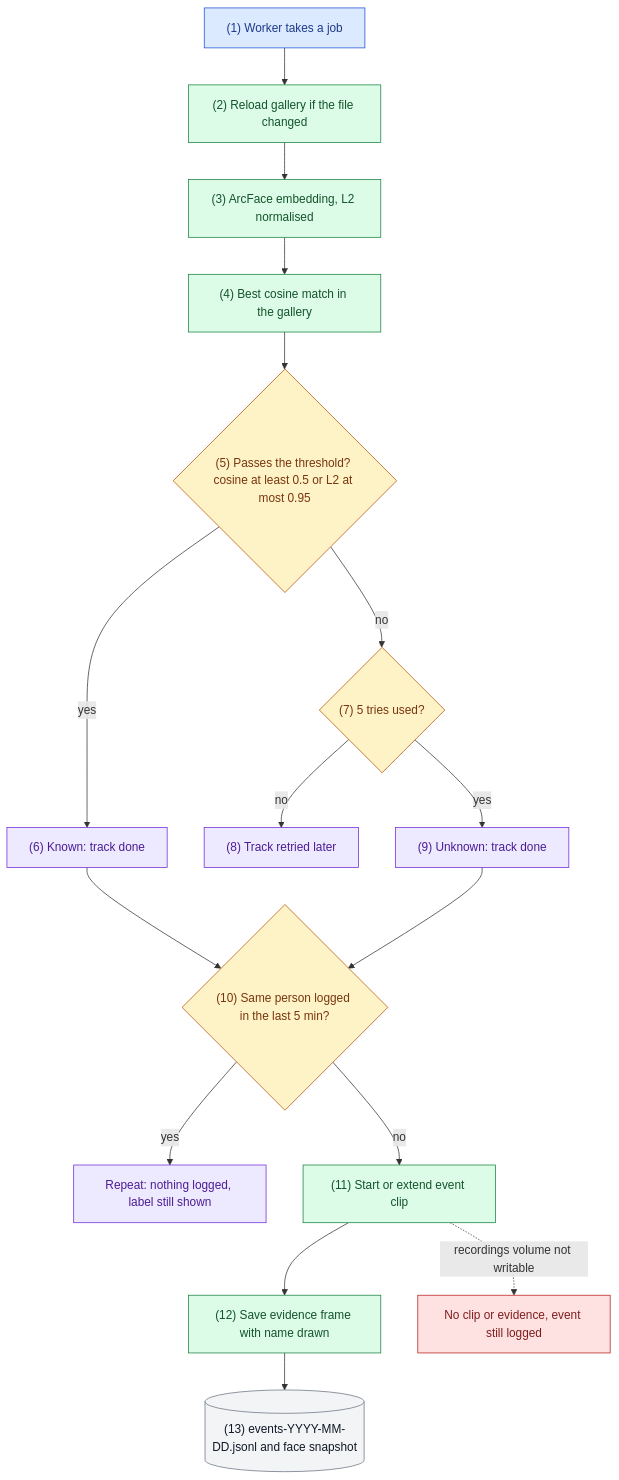
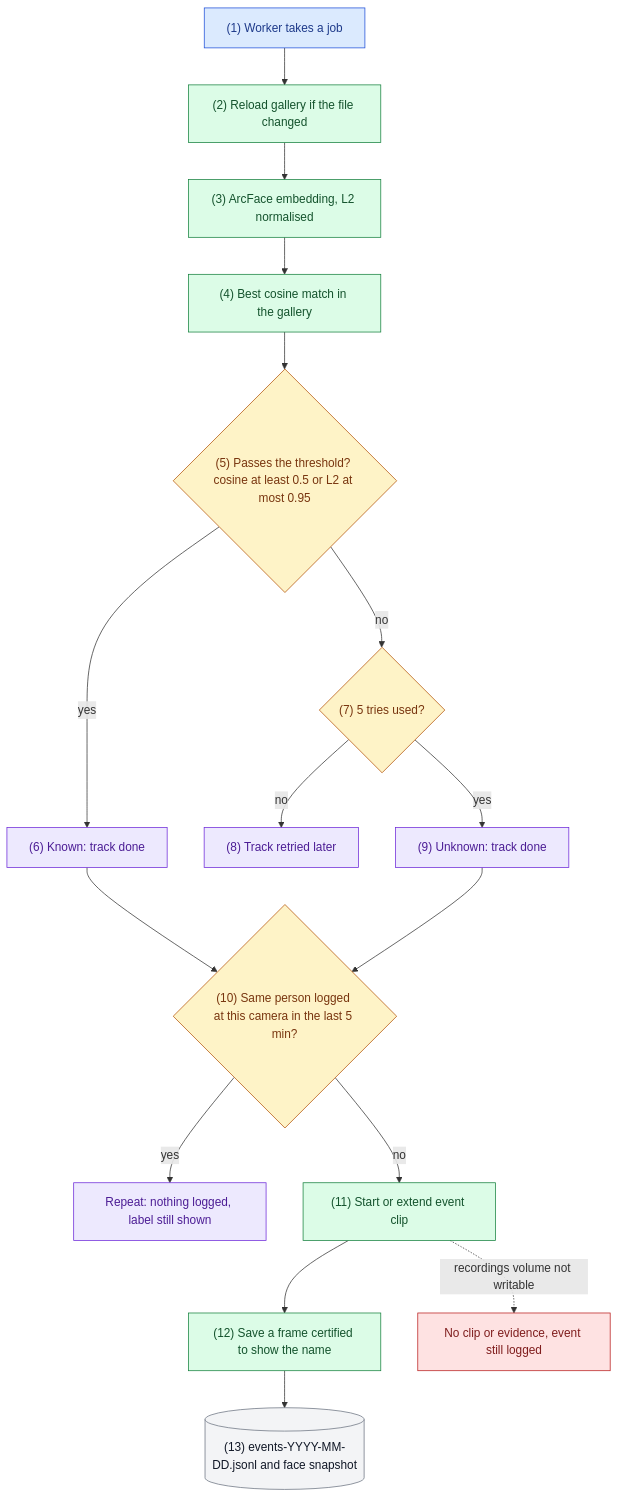
The second of 5 diagrams in docs/FLOW.md (hamza-aziz-ai/Jetson-Nano-Face-Recognition-Attendance-System), drawn with Mermaid before and after one commit. The commit also changed other lines of this file and 17 other files, not shown here.

````diff
--- a/docs/FLOW.md
+++ b/docs/FLOW.md
@@ -46,21 +46,21 @@
 ```mermaid
 flowchart TD
   J["`(1) Worker takes a job`"]:::entry --> G["`(2) Reload gallery if the file changed`"]:::step --> E["`(3) ArcFace embedding, L2 normalised`"]:::step
   E --> B["`(4) Best cosine match in the gallery`"]:::step --> K{"`(5) Passes the threshold? cosine at least 0.5 or L2 at most 0.95`"}:::decision
   K -->|"`yes`"| KN["`(6) Known: track done`"]:::outcome
   K -->|"`no`"| TR{"`(7) 5 tries used?`"}:::decision
   TR -->|"`no`"| RT["`(8) Track retried later`"]:::outcome
   TR -->|"`yes`"| UN["`(9) Unknown: track done`"]:::outcome
-  KN --> RP{"`(10) Same person logged in the last 5 min?`"}:::decision
+  KN --> RP{"`(10) Same person logged at this camera in the last 5 min?`"}:::decision
   UN --> RP
   RP -->|"`yes`"| SK["`Repeat: nothing logged, label still shown`"]:::outcome
   RP -->|"`no`"| C["`(11) Start or extend event clip`"]:::step
-  C --> EV["`(12) Save evidence frame with name drawn`"]:::step --> LOG[("`(13) events-YYYY-MM-DD.jsonl and face snapshot`")]:::store
+  C --> EV["`(12) Save a frame certified to show the name`"]:::step --> LOG[("`(13) events-YYYY-MM-DD.jsonl and face snapshot`")]:::store
   C -. "`recordings volume not writable`" .-> NOREC["`No clip or evidence, event still logged`"]:::error
   classDef entry fill:#dbeafe,stroke:#1d4ed8,color:#1e3a8a
   classDef step fill:#dcfce7,stroke:#15803d,color:#14532d
   classDef decision fill:#fef3c7,stroke:#b45309,color:#78350f
   classDef outcome fill:#ede9fe,stroke:#6d28d9,color:#4c1d95
   classDef error fill:#fee2e2,stroke:#b91c1c,color:#7f1d1d
   classDef store fill:#f3f4f6,stroke:#6b7280,color:#111827
 ```
````
